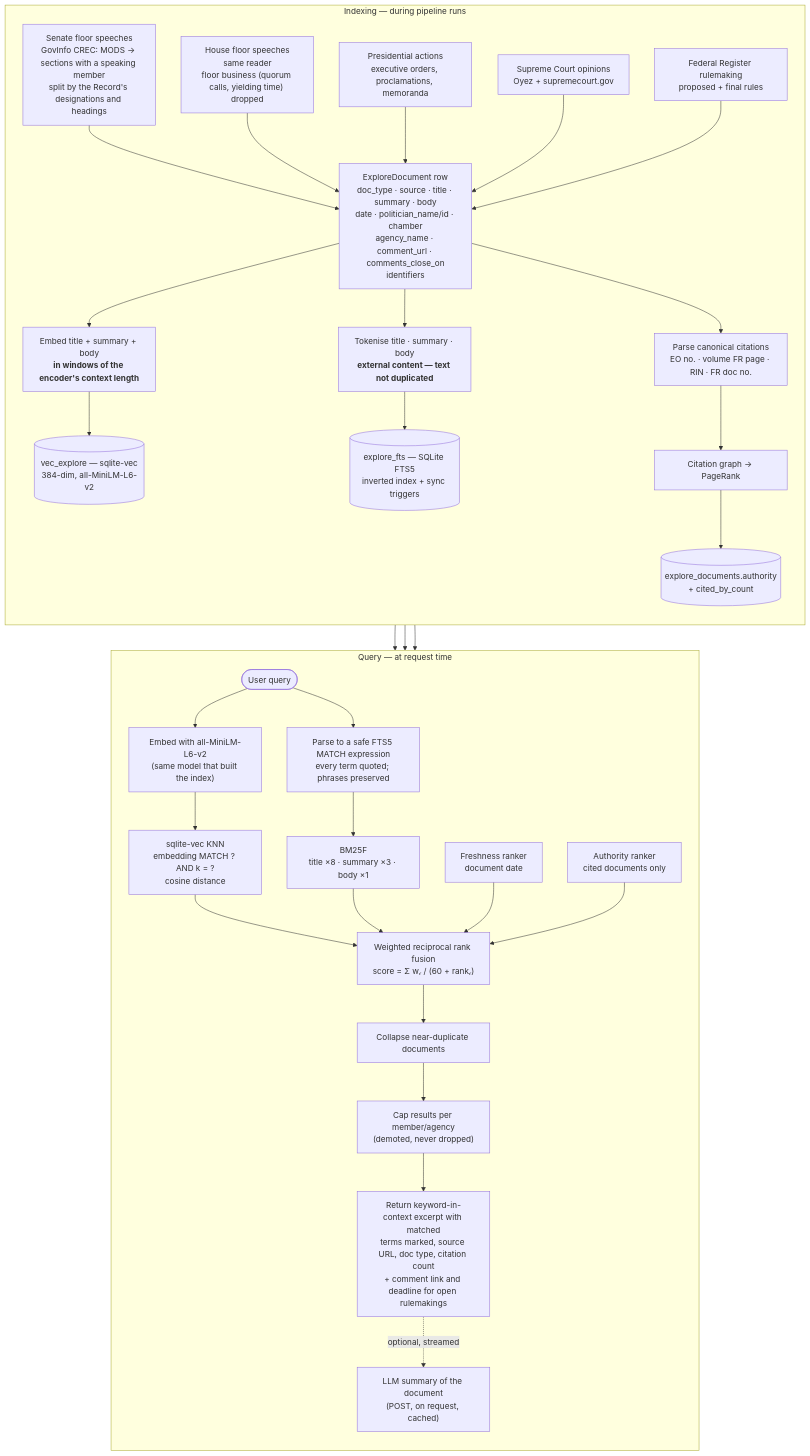
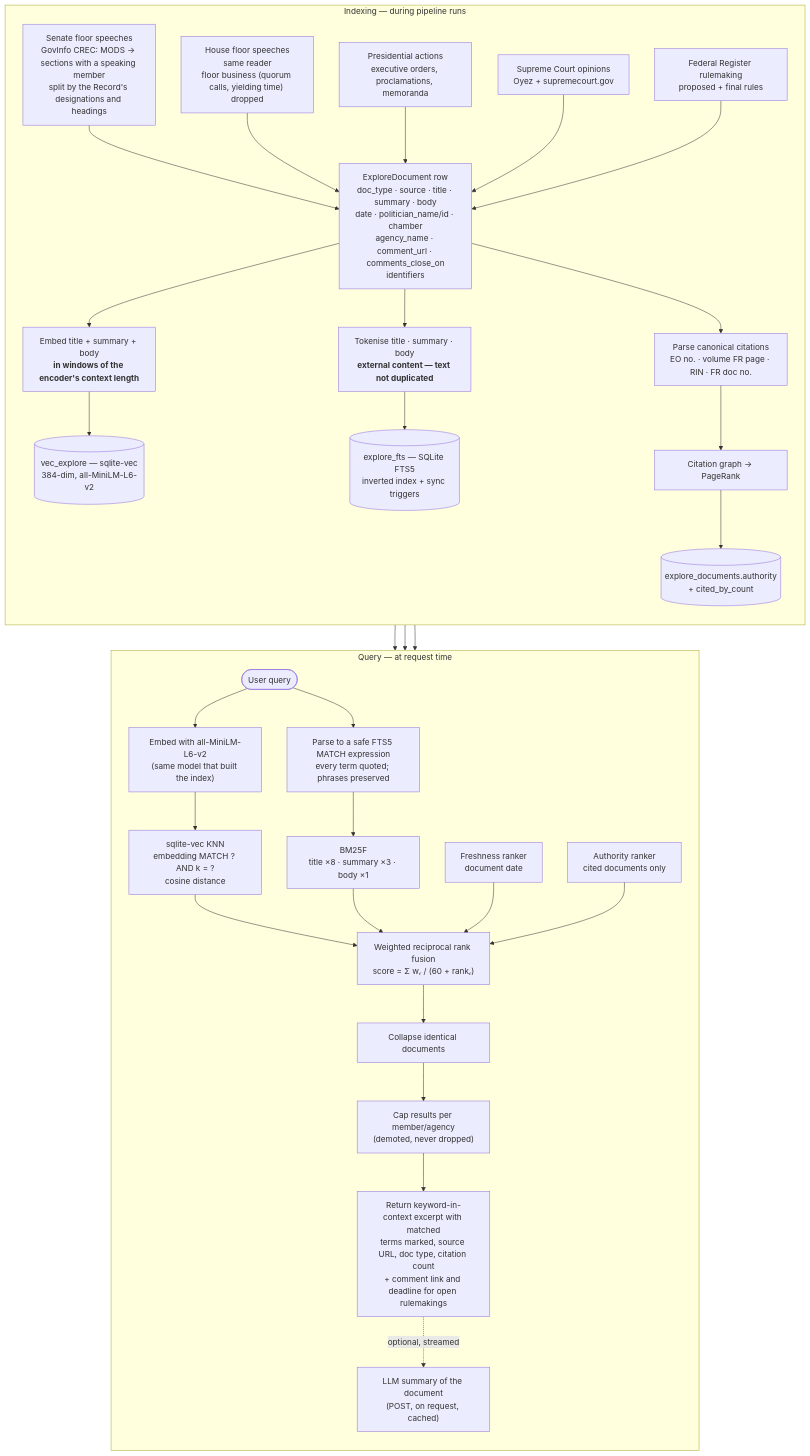
The diagram in docs/diagrams/09-explore-search.md (kamoras/civitas), drawn with Mermaid before and after one commit. The commit also changed other lines of this file and 11 other files, not shown here.

````diff
--- a/docs/diagrams/09-explore-search.md
+++ b/docs/diagrams/09-explore-search.md
@@ -9,53 +9,53 @@
 ```mermaid
 flowchart TB
     subgraph INDEX["Indexing — during pipeline runs"]
         direction TB
         S1["Senate floor speeches<br/>GovInfo CREC: MODS → sections with a speaking member<br/>split by the Record's designations and headings"]
         S2["House floor speeches<br/>same reader<br/>floor business (quorum calls, yielding time) dropped"]
         S3["Presidential actions<br/>executive orders, proclamations, memoranda"]
         S4["Supreme Court opinions<br/>Oyez + supremecourt.gov"]
         S5["Federal Register rulemaking<br/>proposed + final rules"]
 
         S1 --> DOC
         S2 --> DOC
         S3 --> DOC
         S4 --> DOC
         S5 --> DOC
 
         DOC["ExploreDocument row<br/>doc_type · source · title · summary · body<br/>date · politician_name/id · chamber<br/>agency_name · comment_url · comments_close_on<br/>identifiers"]
 
         DOC --> EMB["Embed title + summary + body<br/><b>in windows of the encoder's context length</b>"]
         DOC --> FTS["Tokenise title · summary · body<br/><b>external content — text not duplicated</b>"]
         DOC --> CITE["Parse canonical citations<br/>EO no. · volume FR page · RIN · FR doc no."]
 
         EMB --> UPSERT[("vec_explore — sqlite-vec<br/>384-dim, all-MiniLM-L6-v2")]
         FTS --> FTSIDX[("explore_fts — SQLite FTS5<br/>inverted index + sync triggers")]
         CITE --> GRAPH["Citation graph → PageRank"]
         GRAPH --> AUTH[("explore_documents.authority<br/>+ cited_by_count")]
     end
 
     subgraph QUERY["Query — at request time"]
         direction TB
         Q(["User query"])
         Q --> QEMB["Embed with all-MiniLM-L6-v2<br/>(same model that built the index)"]
         Q --> QPARSE["Parse to a safe FTS5 MATCH expression<br/>every term quoted; phrases preserved"]
 
         QEMB --> ANN["sqlite-vec KNN<br/>embedding MATCH ? AND k = ?<br/>cosine distance"]
         QPARSE --> BM25["BM25F<br/>title ×8 · summary ×3 · body ×1"]
 
         ANN --> FUSE
         BM25 --> FUSE
         FRESH["Freshness ranker<br/>document date"] --> FUSE
         AUTHR["Authority ranker<br/>cited documents only"] --> FUSE
 
         FUSE["Weighted reciprocal rank fusion<br/>score = Σ wᵣ / (60 + rankᵣ)"]
-        FUSE --> DEDUP["Collapse near-duplicate documents"]
+        FUSE --> DEDUP["Collapse identical documents"]
         DEDUP --> DIV["Cap results per member/agency<br/>(demoted, never dropped)"]
         DIV --> OUT["Return keyword-in-context excerpt with matched<br/>terms marked, source URL, doc type, citation count<br/>+ comment link and deadline for open rulemakings"]
         OUT -.->|"optional, streamed"| SUM["LLM summary of the document<br/>(POST, on request, cached)"]
     end
 
     UPSERT --> ANN
     FTSIDX --> BM25
     AUTH --> AUTHR
 ```
````
